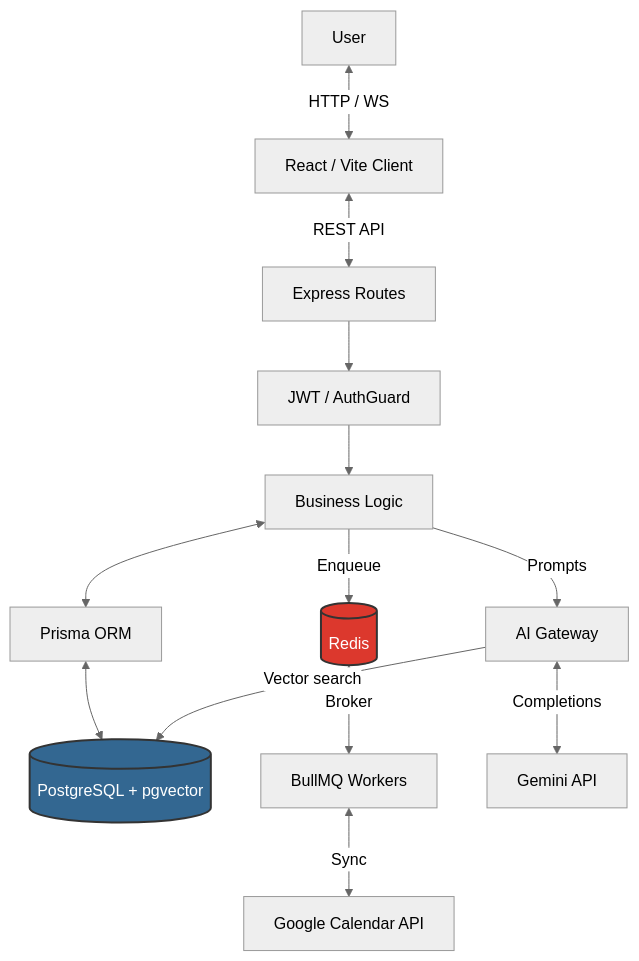
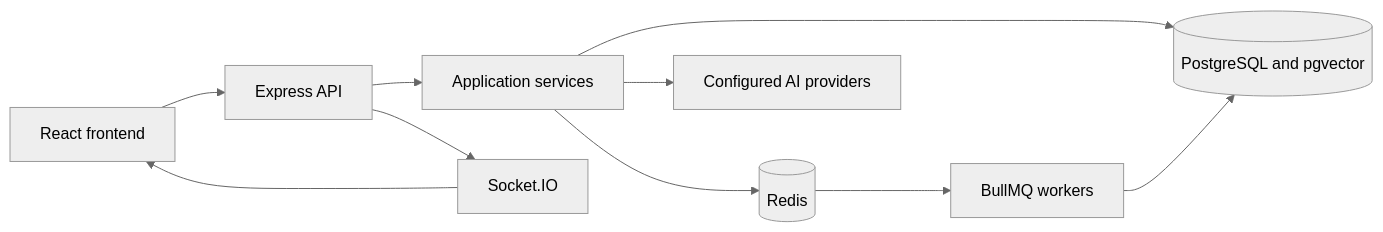
The diagram in README.md (sudhanshukumar03/KRAMA), drawn with Mermaid (neutral theme) before and after one commit. The commit also changed other lines of this file and 262 other files, not shown here.

````diff
--- a/README.md
+++ b/README.md
@@ -79,16 +43,12 @@
 ```mermaid
-graph TD
-    User[User] <-->|HTTP / WS| WebApp[React / Vite Client]
-    WebApp <-->|REST API| Routes[Express Routes]
-    Routes --> Auth[JWT / AuthGuard] --> Services[Business Logic]
-    Services <--> Prisma[Prisma ORM] <--> Postgres[(PostgreSQL + pgvector)]
-    Services -->|Enqueue| Redis[(Redis)] <-->|Broker| Workers[BullMQ Workers]
-    Services -->|Prompts| Gateway[AI Gateway] <-->|Completions| Gemini[Gemini API]
-    Gateway -->|Vector search| Postgres
-    Workers <-->|Sync| Google[Google Calendar API]
-
-    classDef db fill:#336791,stroke:#333,stroke-width:2px,color:#fff
-    classDef redis fill:#DC382D,stroke:#333,stroke-width:2px,color:#fff
-    class Postgres db
-    class Redis redis
+flowchart LR
+    Browser[React frontend] --> API[Express API]
+    API --> Services[Application services]
+    Services --> Database[(PostgreSQL and pgvector)]
+    Services --> Redis[(Redis)]
+    Redis --> Workers[BullMQ workers]
+    Workers --> Database
+    Services --> Providers[Configured AI providers]
+    API --> Sockets[Socket.IO]
+    Sockets --> Browser
 ```
````
